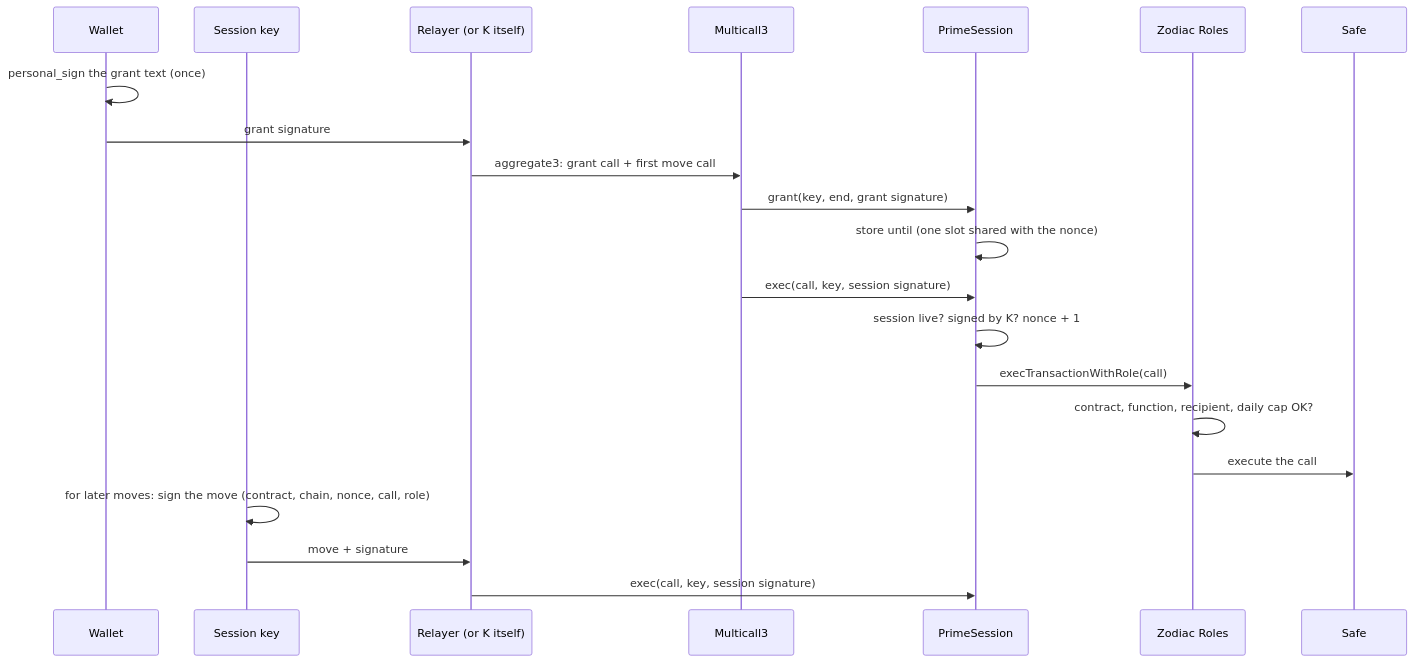
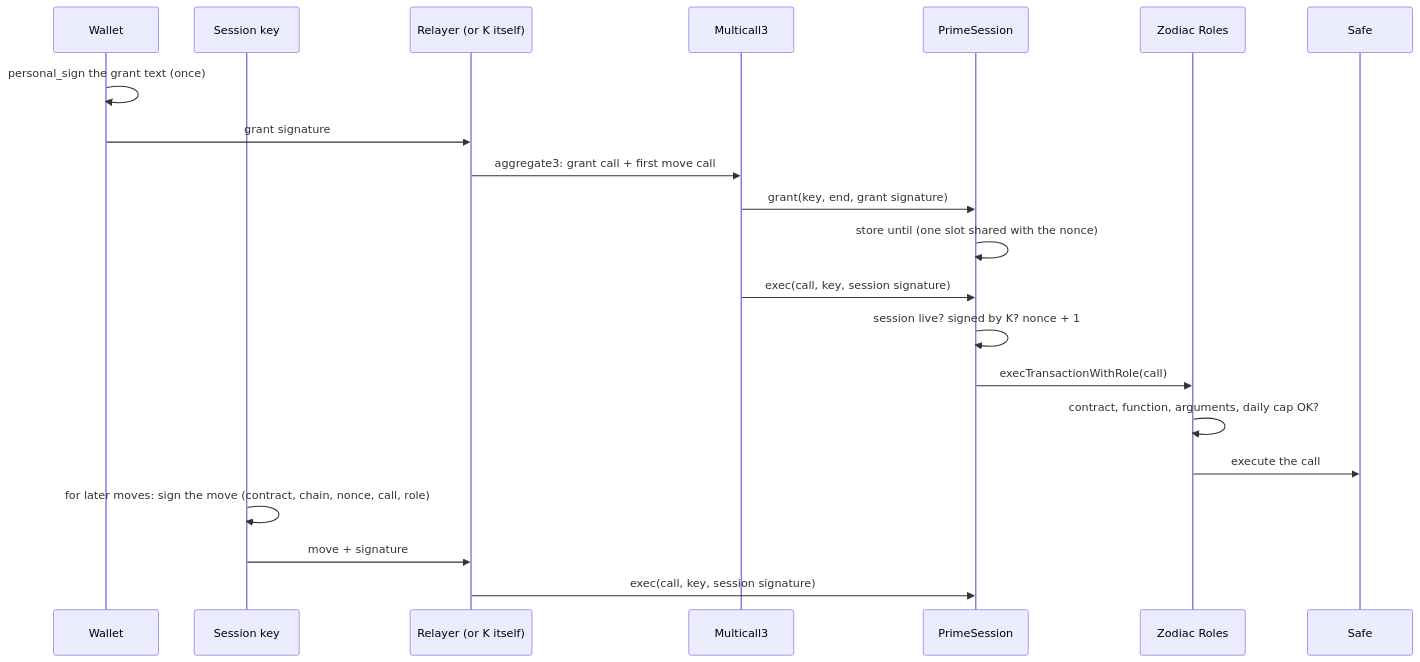
Before and after one commit to untangledfinance/oz-policy-builder: the fifth of 8 diagrams in contracts/prime-session/ARCHITECTURE.md, drawn with Mermaid. The commit also changed other lines of this file, not shown here.

````diff
--- a/contracts/prime-session/ARCHITECTURE.md
+++ b/contracts/prime-session/ARCHITECTURE.md
@@ -333,23 +381,23 @@
 ```mermaid
 sequenceDiagram
   participant W as Wallet
   participant K as Session key
   participant R as Relayer (or K itself)
   participant M as Multicall3
   participant P as PrimeSession
   participant Ro as Zodiac Roles
   participant S as Safe
   W->>W: personal_sign the grant text (once)
   W->>R: grant signature
   R->>M: aggregate3: grant call + first move call
   M->>P: grant(key, end, grant signature)
   P->>P: store until (one slot shared with the nonce)
   M->>P: exec(call, key, session signature)
   P->>P: session live? signed by K? nonce + 1
   P->>Ro: execTransactionWithRole(call)
-  Ro->>Ro: contract, function, recipient, daily cap OK?
+  Ro->>Ro: contract, function, arguments, daily cap OK?
   Ro->>S: execute the call
   K->>K: for later moves: sign the move (contract, chain, nonce, call, role)
   K->>R: move + signature
   R->>P: exec(call, key, session signature)
 ```
````
